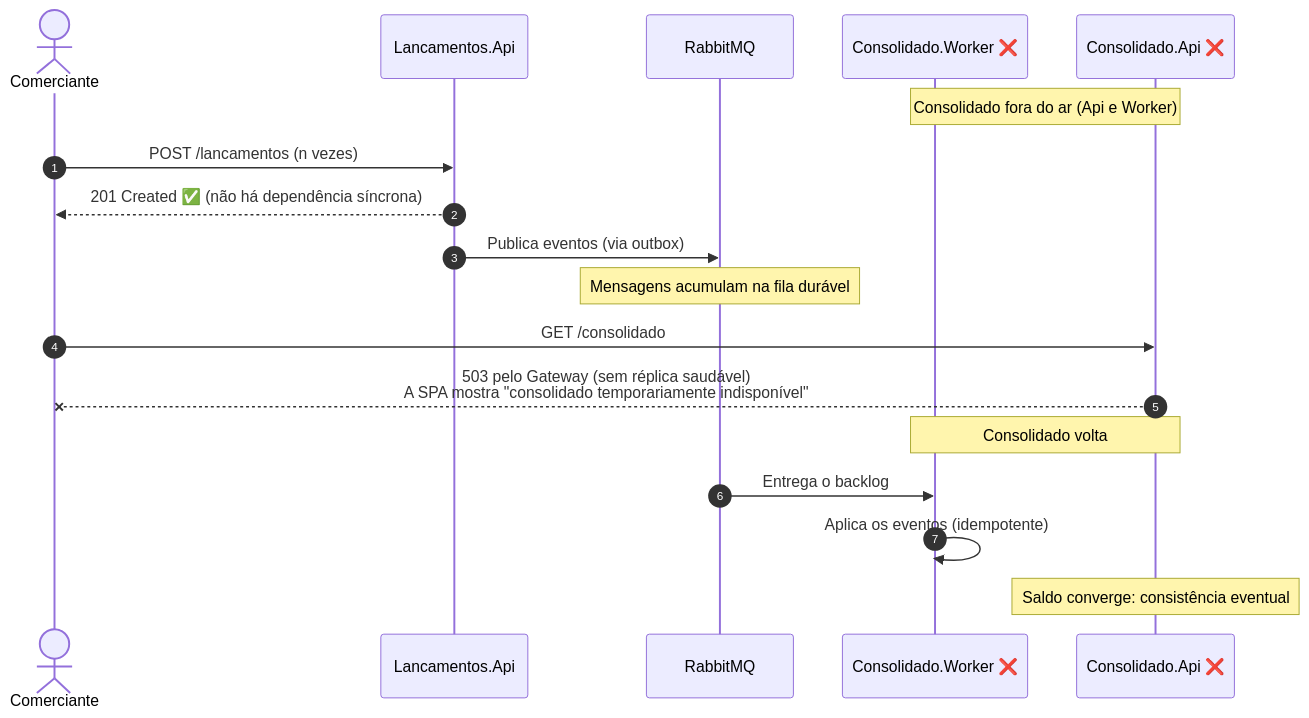
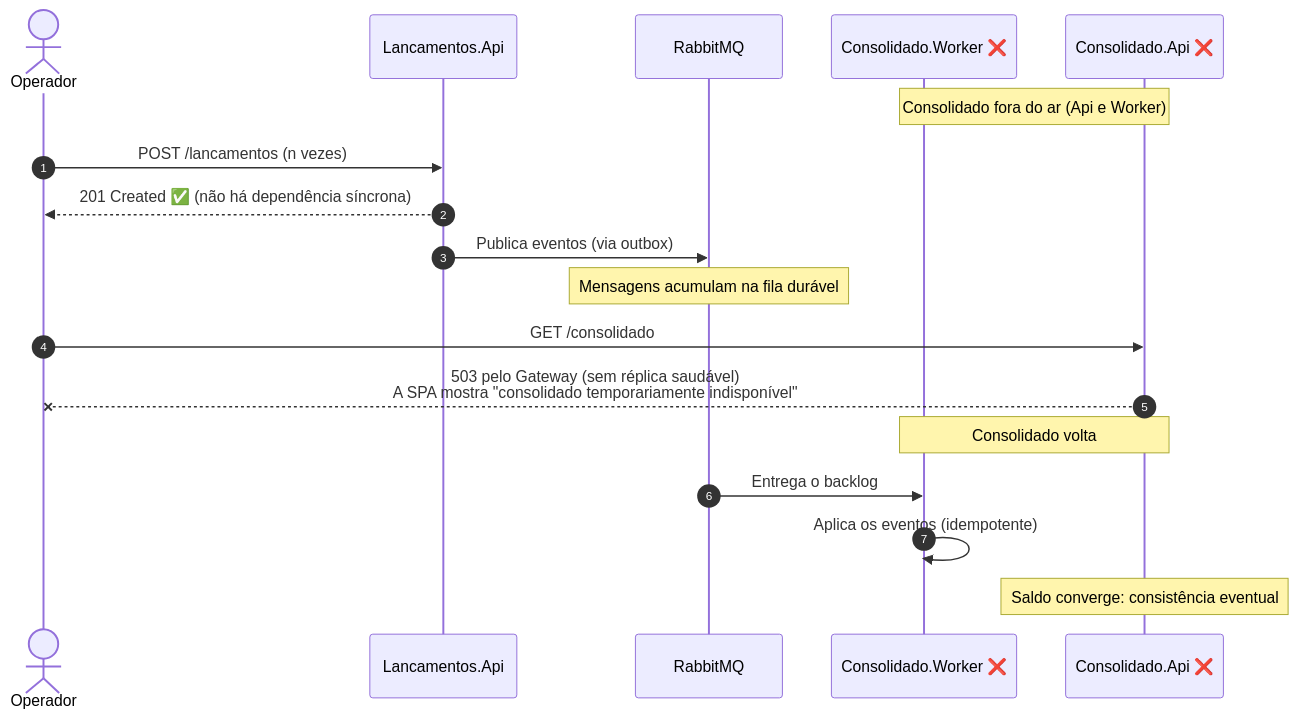
Before and after one commit to igorwaterloo/Verx-desafio20260922: the fifth of 13 diagrams in docs/architecture/fluxos.md, drawn with Mermaid. The commit also changed other lines of this file and 1 other file, not shown here.

````diff
--- a/docs/architecture/fluxos.md
+++ b/docs/architecture/fluxos.md
@@ -148,22 +158,22 @@
 ```mermaid
 sequenceDiagram
     autonumber
-    actor C as Comerciante
+    actor C as Operador
     participant L as Lancamentos.Api
     participant MQ as RabbitMQ
     participant WK as Consolidado.Worker ❌
     participant A as Consolidado.Api ❌
 
     Note over WK,A: Consolidado fora do ar (Api e Worker)
     C->>L: POST /lancamentos (n vezes)
     L-->>C: 201 Created ✅ (não há dependência síncrona)
     L->>MQ: Publica eventos (via outbox)
     Note over MQ: Mensagens acumulam na fila durável
     C->>A: GET /consolidado
     A--xC: 503 pelo Gateway (sem réplica saudável)<br/>A SPA mostra "consolidado temporariamente indisponível"
 
     Note over WK,A: Consolidado volta
     MQ->>WK: Entrega o backlog
     WK->>WK: Aplica os eventos (idempotente)
     Note over A: Saldo converge: consistência eventual
 ```
````
